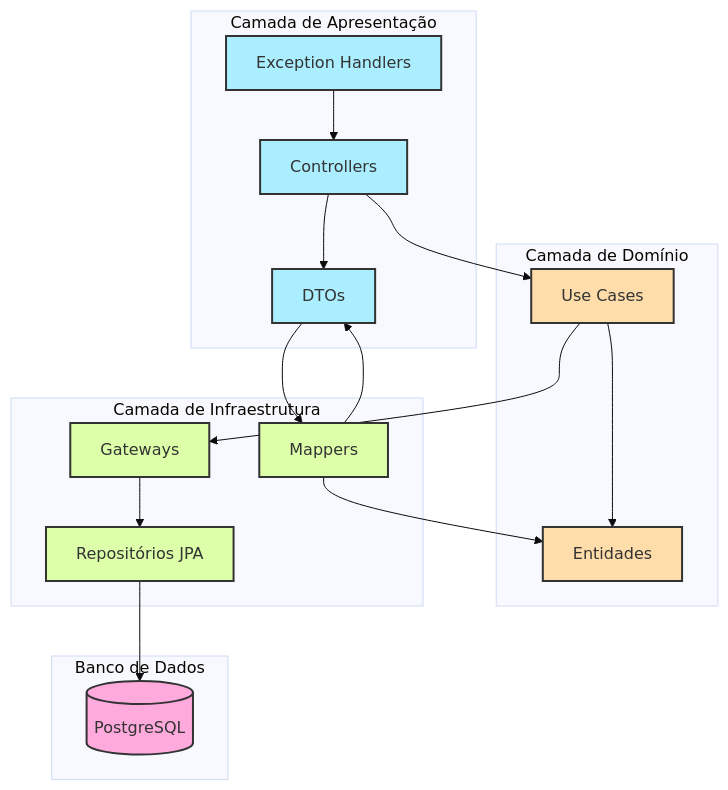
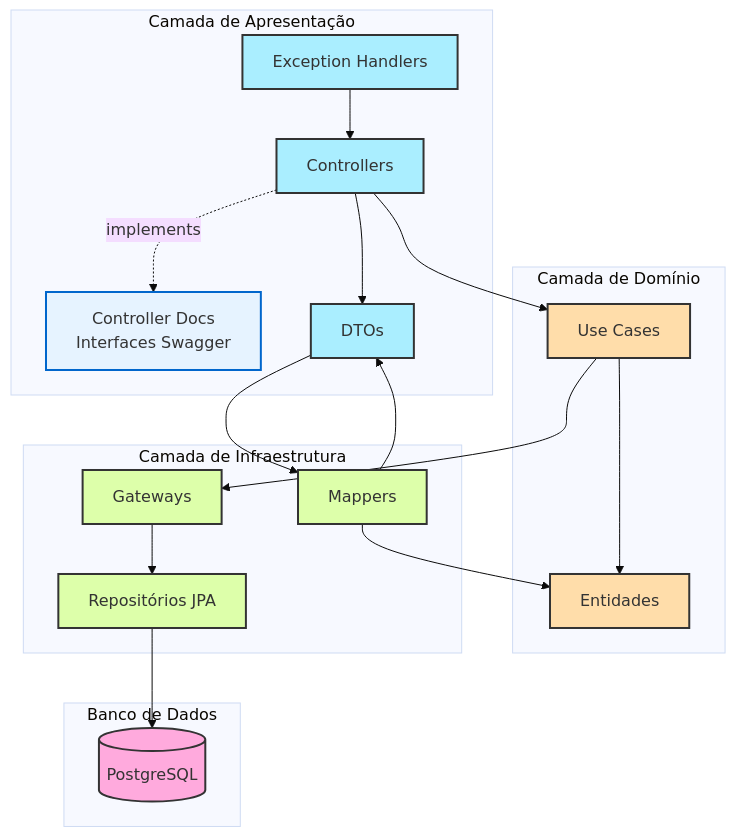
The diagram in architecture.md (girlsTechChallenges/fortaleza-de-sabor-fiap), drawn with Mermaid (base theme) before and after one commit. The commit also changed 2 other files, not shown here.

Commit message:
docs: atualiza documentação com as melhorias implementadas
 README.md:
- Adiciona seção 'Melhorias Implementadas' detalhando as 4 correções
- Atualiza estrutura do projeto incluindo pasta docs/
- Melhora instruções de execução com Docker multi-stage

 doc.md:
- Documenta nova seção '6. Melhorias Técnicas Implementadas'
- Detalha problemas identificados e soluções para cada ponto
- Inclui estrutura resultante das interfaces de documentação
- Atualiza camada de apresentação com Controller Docs

 architecture.md:
- Atualiza diagrama Mermaid incluindo Controller Docs
- Adiciona relacionamento 'implements' entre Controllers e Docs
- Nova estilização para elementos de documentação

As atualizações refletem:
 Docker multi-stage build automatizado
 Configuração PostgreSQL corrigida
 Driver PostgreSQL explícito
 Swagger organizado em interfaces separadas

````diff
--- a/architecture.md
+++ b/architecture.md
@@ -3,47 +3,51 @@
 ```mermaid
 graph TD
     %% Camadas da Aplicação
     subgraph Apresentação[Camada de Apresentação]
         A[Controllers]
+        ControllerDocs[Controller Docs<br/>Interfaces Swagger]
         DTOs[DTOs]
         ExceptionHandlers[Exception Handlers]
     end
 
     subgraph Domínio[Camada de Domínio]
         UseCases[Use Cases]
         Entities[Entidades]
     end
 
     subgraph Infraestrutura[Camada de Infraestrutura]
         Gateways[Gateways]
         Repositories[Repositórios JPA]
         Mappers[Mappers]
     end
 
     subgraph Database[Banco de Dados]
         PostgreSQL[(PostgreSQL)]
     end
 
     %% Relacionamentos
     A --> DTOs
+    A -.implements.-> ControllerDocs
     DTOs --> Mappers
     A --> UseCases
     ExceptionHandlers --> A
     UseCases --> Entities
     UseCases --> Gateways
     Gateways --> Repositories
     Repositories --> PostgreSQL
     Mappers --> Entities
     Mappers --> DTOs
 
     %% Estilização
     classDef presentation fill:#aef,stroke:#333,stroke-width:2px
     classDef domain fill:#fda,stroke:#333,stroke-width:2px
     classDef infrastructure fill:#dfa,stroke:#333,stroke-width:2px
     classDef database fill:#fad,stroke:#333,stroke-width:2px
+    classDef documentation fill:#e6f3ff,stroke:#0066cc,stroke-width:2px
 
     class A,DTOs,ExceptionHandlers presentation
+    class ControllerDocs documentation
     class UseCases,Entities domain
     class Gateways,Repositories,Mappers infrastructure
     class PostgreSQL database
 ```
````
